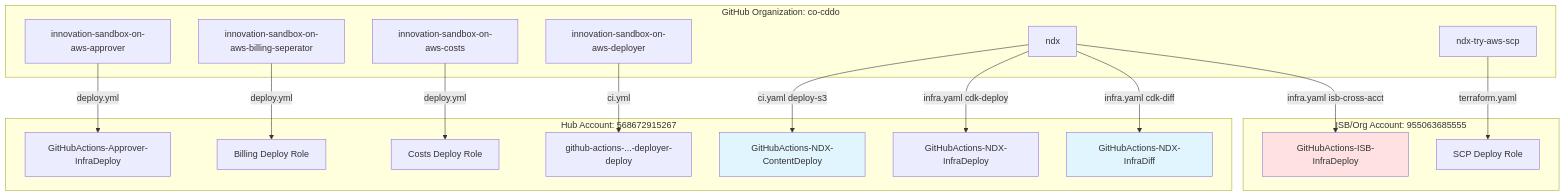
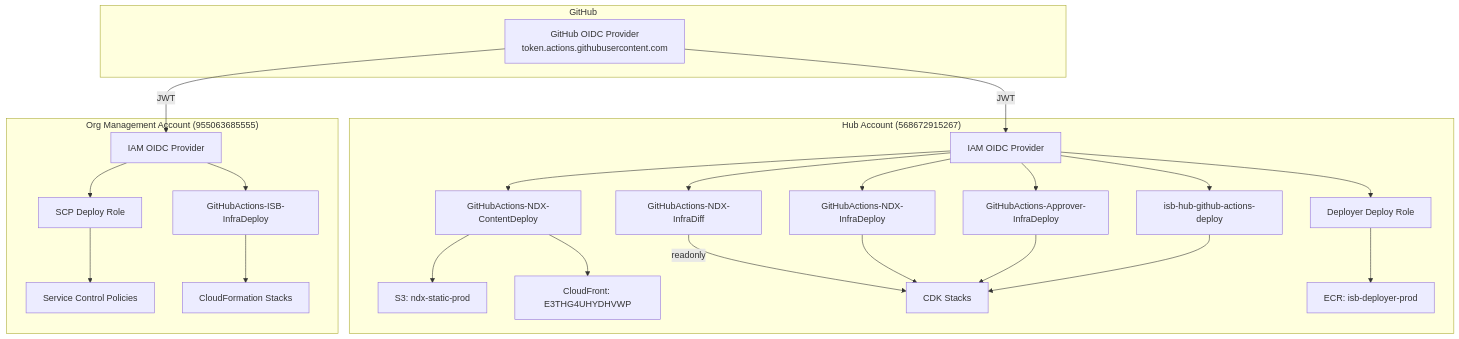
Before and after one commit to co-cddo/ndx-try-arch: the second of 2 diagrams in docs/51-oidc-configuration.md, drawn with Mermaid. The commit also changed other lines of this file and 41 other files, not shown here.

First line of the commit message:
docs: update NDX architecture documentation (#9)

````diff
--- a/docs/51-oidc-configuration.md
+++ b/docs/51-oidc-configuration.md
@@ -430,40 +170,43 @@
 ```mermaid
 graph TB
-    subgraph "GitHub Organization: co-cddo"
-        repo1[innovation-sandbox-on-aws-approver]
-        repo2[innovation-sandbox-on-aws-billing-seperator]
-        repo3[innovation-sandbox-on-aws-costs]
-        repo4[innovation-sandbox-on-aws-deployer]
-        repo5[ndx]
-        repo6[ndx-try-aws-scp]
+    subgraph "GitHub"
+        GH_OIDC["GitHub OIDC Provider<br/>token.actions.githubusercontent.com"]
     end
 
-    subgraph "Hub Account: 568672915267"
-        role1[GitHubActions-Approver-InfraDeploy]
-        role2[github-actions-...-deployer-deploy]
-        role3[GitHubActions-NDX-ContentDeploy]
-        role4[GitHubActions-NDX-InfraDeploy]
-        role5[GitHubActions-NDX-InfraDiff]
-        role6[Costs Deploy Role]
-        role7[Billing Deploy Role]
+    subgraph "Hub Account (568672915267)"
+        OIDC_HUB["IAM OIDC Provider"]
+        R1["GitHubActions-NDX-ContentDeploy"]
+        R2["GitHubActions-NDX-InfraDiff"]
+        R3["GitHubActions-NDX-InfraDeploy"]
+        R4["GitHubActions-Approver-InfraDeploy"]
+        R5["isb-hub-github-actions-deploy"]
+        R6["Deployer Deploy Role"]
+
+        S3["S3: ndx-static-prod"]
+        CF["CloudFront: E3THG4UHYDHVWP"]
+        CDK_H["CDK Stacks"]
+        ECR["ECR: isb-deployer-prod"]
     end
 
-    subgraph "ISB/Org Account: 955063685555"
-        role8[GitHubActions-ISB-InfraDeploy]
-        role9[SCP Deploy Role]
+    subgraph "Org Management Account (955063685555)"
+        OIDC_ORG["IAM OIDC Provider"]
+        R7["GitHubActions-ISB-InfraDeploy"]
+        R8["SCP Deploy Role"]
+        SCP["Service Control Policies"]
+        CFN["CloudFormation Stacks"]
     end
 
-    repo1 -->|deploy.yml| role1
-    repo2 -->|deploy.yml| role7
-    repo3 -->|deploy.yml| role6
-    repo4 -->|ci.yml| role2
-    repo5 -->|ci.yaml deploy-s3| role3
-    repo5 -->|infra.yaml cdk-deploy| role4
-    repo5 -->|infra.yaml cdk-diff| role5
-    repo5 -->|infra.yaml isb-cross-acct| role8
-    repo6 -->|terraform.yaml| role9
+    GH_OIDC -->|JWT| OIDC_HUB
+    GH_OIDC -->|JWT| OIDC_ORG
 
-    style role5 fill:#e1f5ff
-    style role3 fill:#e1f5ff
-    style role8 fill:#ffe1e1
+    OIDC_HUB --> R1 --> S3
+    R1 --> CF
+    OIDC_HUB --> R2 -->|readonly| CDK_H
+    OIDC_HUB --> R3 --> CDK_H
+    OIDC_HUB --> R4 --> CDK_H
+    OIDC_HUB --> R5 --> CDK_H
+    OIDC_HUB --> R6 --> ECR
+
+    OIDC_ORG --> R7 --> CFN
+    OIDC_ORG --> R8 --> SCP
 ```
````
